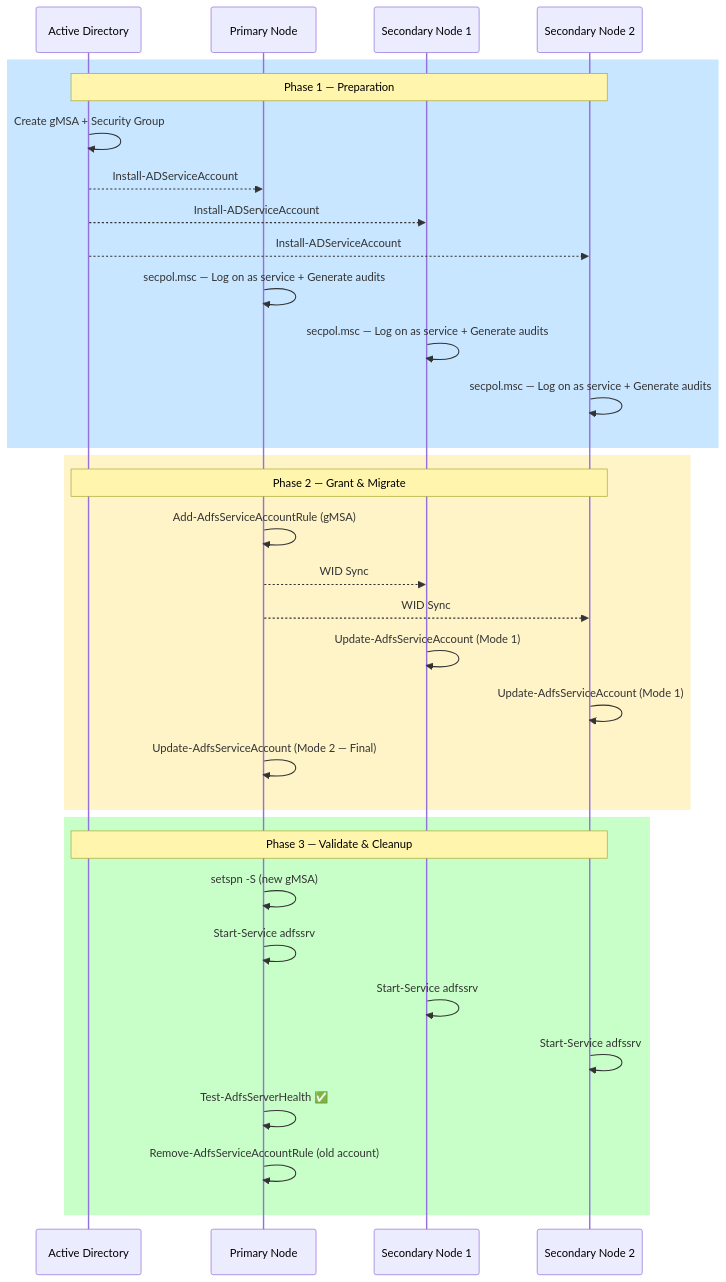
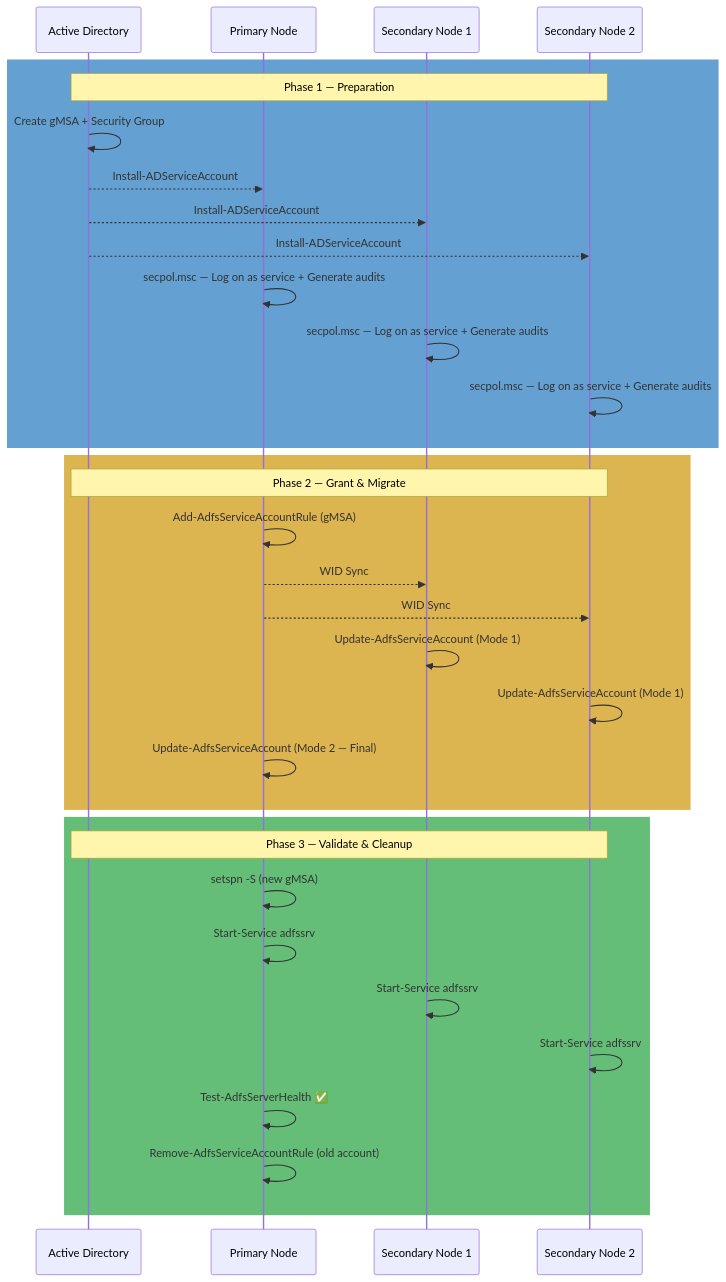
Before and after one commit to 0xMati/Tech-Blog: the second of 3 diagrams in ADFS/Common/ADFS Migrate Service Account to gMSA.md, drawn with Mermaid. The commit also changed other lines of this file, not shown here.

````diff
--- a/ADFS/Common/ADFS Migrate Service Account to gMSA.md
+++ b/ADFS/Common/ADFS Migrate Service Account to gMSA.md
@@ -224,38 +224,38 @@
 ```mermaid
 sequenceDiagram
     participant AD as Active Directory
     participant P as Primary Node
     participant S1 as Secondary Node 1
     participant S2 as Secondary Node 2
 
-    rect rgb(200, 230, 255)
+    rect rgb(100, 160, 210)
     Note over AD,S2: Phase 1 — Preparation
     AD->>AD: Create gMSA + Security Group
     AD-->>P: Install-ADServiceAccount
     AD-->>S1: Install-ADServiceAccount
     AD-->>S2: Install-ADServiceAccount
     P->>P: secpol.msc — Log on as service + Generate audits
     S1->>S1: secpol.msc — Log on as service + Generate audits
     S2->>S2: secpol.msc — Log on as service + Generate audits
     end
 
-    rect rgb(255, 243, 200)
+    rect rgb(220, 180, 80)
     Note over AD,S2: Phase 2 — Grant & Migrate
     P->>P: Add-AdfsServiceAccountRule (gMSA)
     P-->>S1: WID Sync
     P-->>S2: WID Sync
     S1->>S1: Update-AdfsServiceAccount (Mode 1)
     S2->>S2: Update-AdfsServiceAccount (Mode 1)
     P->>P: Update-AdfsServiceAccount (Mode 2 — Final)
     end
 
-    rect rgb(200, 255, 200)
+    rect rgb(100, 190, 120)
     Note over AD,S2: Phase 3 — Validate & Cleanup
     P->>P: setspn -S (new gMSA)
     P->>P: Start-Service adfssrv
     S1->>S1: Start-Service adfssrv
     S2->>S2: Start-Service adfssrv
     P->>P: Test-AdfsServerHealth ✅
     P->>P: Remove-AdfsServiceAccountRule (old account)
     end
 ```
````
